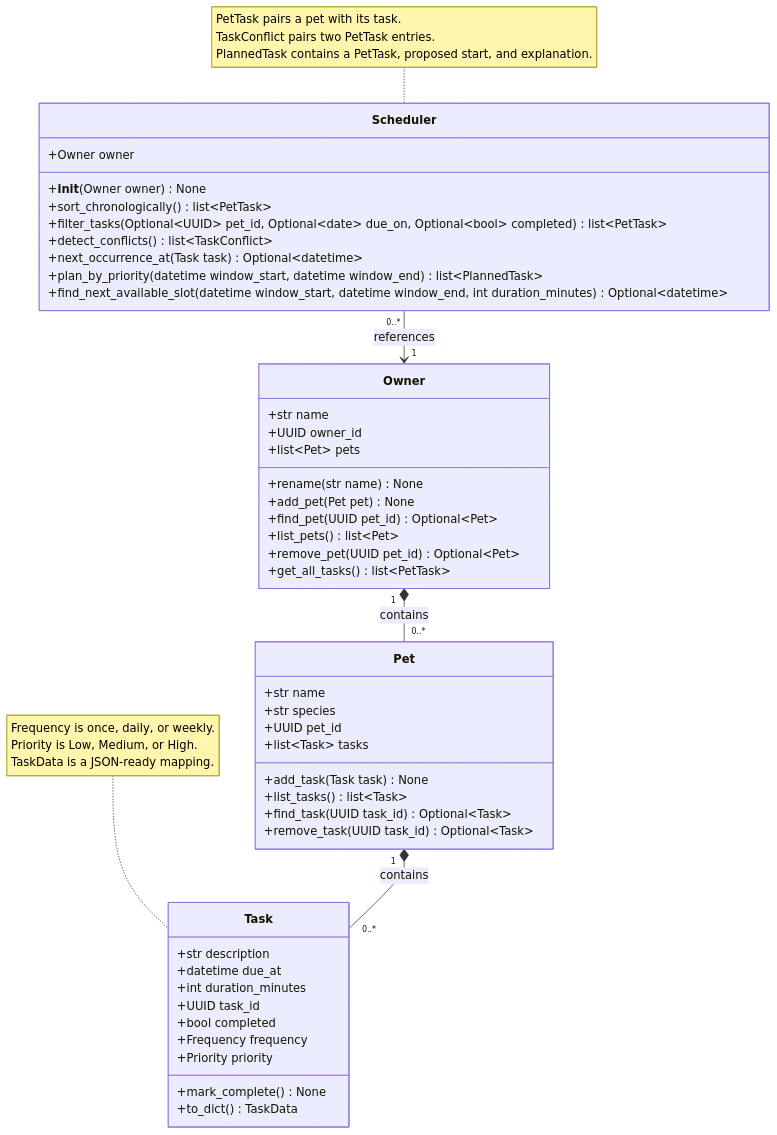
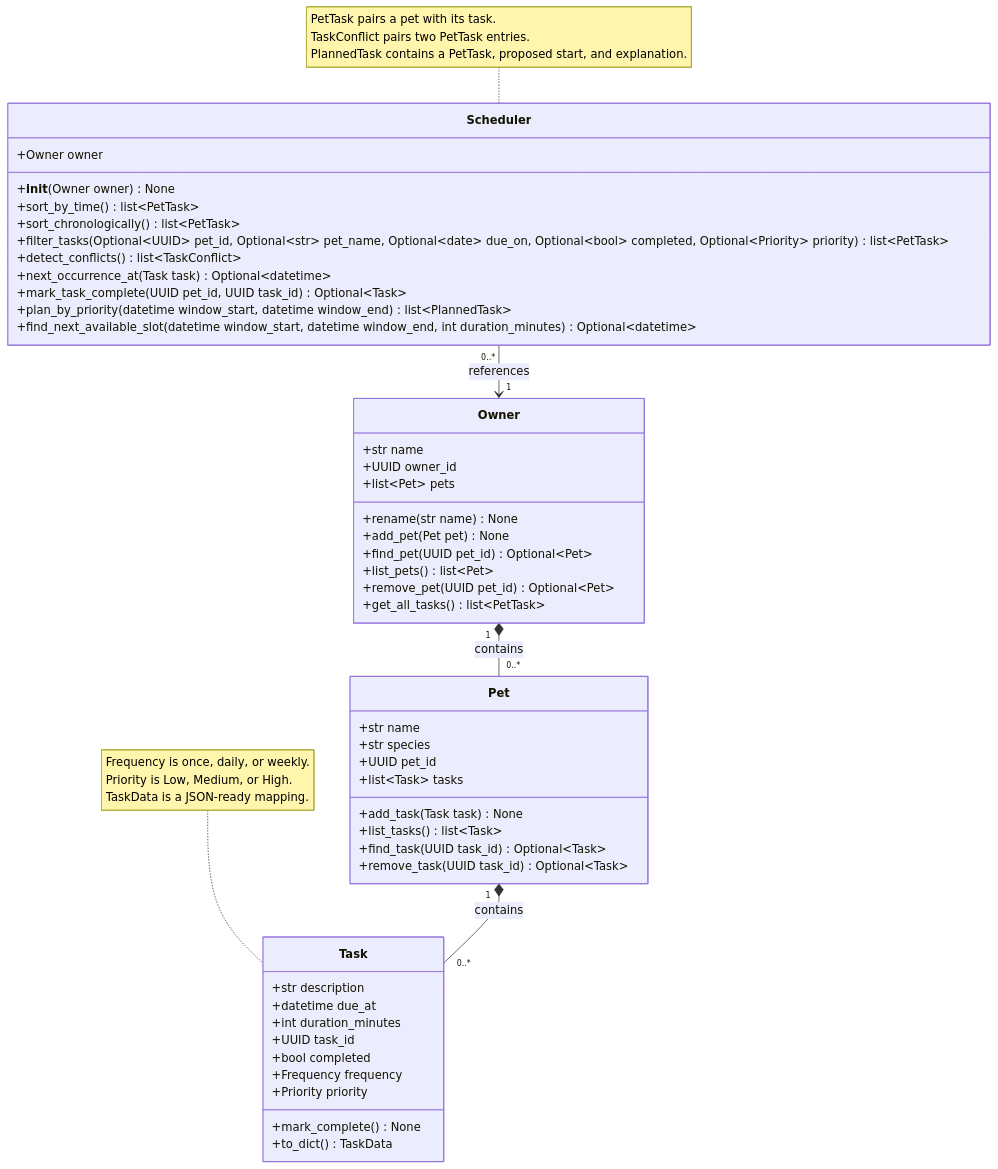
One commit to riyayaprasai/Pawpal-ai110 changed the diagram in diagrams/uml_draft.mmd. Above: the diagram before and after it, drawn with Mermaid. The commit also changed 6 other files, not shown here.

```diff
--- a/diagrams/uml_draft.mmd
+++ b/diagrams/uml_draft.mmd
@@ -1,53 +1,55 @@
 classDiagram
     class Task {
         +str description
         +datetime due_at
         +int duration_minutes
         +UUID task_id
         +bool completed
         +Frequency frequency
         +Priority priority
         +mark_complete() None
         +to_dict() TaskData
     }
 
     class Pet {
         +str name
         +str species
         +UUID pet_id
         +list~Task~ tasks
         +add_task(Task task) None
         +list_tasks() list~Task~
         +find_task(UUID task_id) Optional~Task~
         +remove_task(UUID task_id) Optional~Task~
     }
 
     class Owner {
         +str name
         +UUID owner_id
         +list~Pet~ pets
         +rename(str name) None
         +add_pet(Pet pet) None
         +find_pet(UUID pet_id) Optional~Pet~
         +list_pets() list~Pet~
         +remove_pet(UUID pet_id) Optional~Pet~
         +get_all_tasks() list~PetTask~
     }
 
     class Scheduler {
         +Owner owner
         +__init__(Owner owner) None
+        +sort_by_time() list~PetTask~
         +sort_chronologically() list~PetTask~
-        +filter_tasks(Optional~UUID~ pet_id, Optional~date~ due_on, Optional~bool~ completed) list~PetTask~
+        +filter_tasks(Optional~UUID~ pet_id, Optional~str~ pet_name, Optional~date~ due_on, Optional~bool~ completed, Optional~Priority~ priority) list~PetTask~
         +detect_conflicts() list~TaskConflict~
         +next_occurrence_at(Task task) Optional~datetime~
+        +mark_task_complete(UUID pet_id, UUID task_id) Optional~Task~
         +plan_by_priority(datetime window_start, datetime window_end) list~PlannedTask~
         +find_next_available_slot(datetime window_start, datetime window_end, int duration_minutes) Optional~datetime~
     }
 
     Owner "1" *-- "0..*" Pet : contains
     Pet "1" *-- "0..*" Task : contains
     Scheduler "0..*" --> "1" Owner : references
 
     note for Task "Frequency is once, daily, or weekly.<br>Priority is Low, Medium, or High.<br>TaskData is a JSON-ready mapping."
     note for Scheduler "PetTask pairs a pet with its task.<br>TaskConflict pairs two PetTask entries.<br>PlannedTask contains a PetTask, proposed start, and explanation."
```
